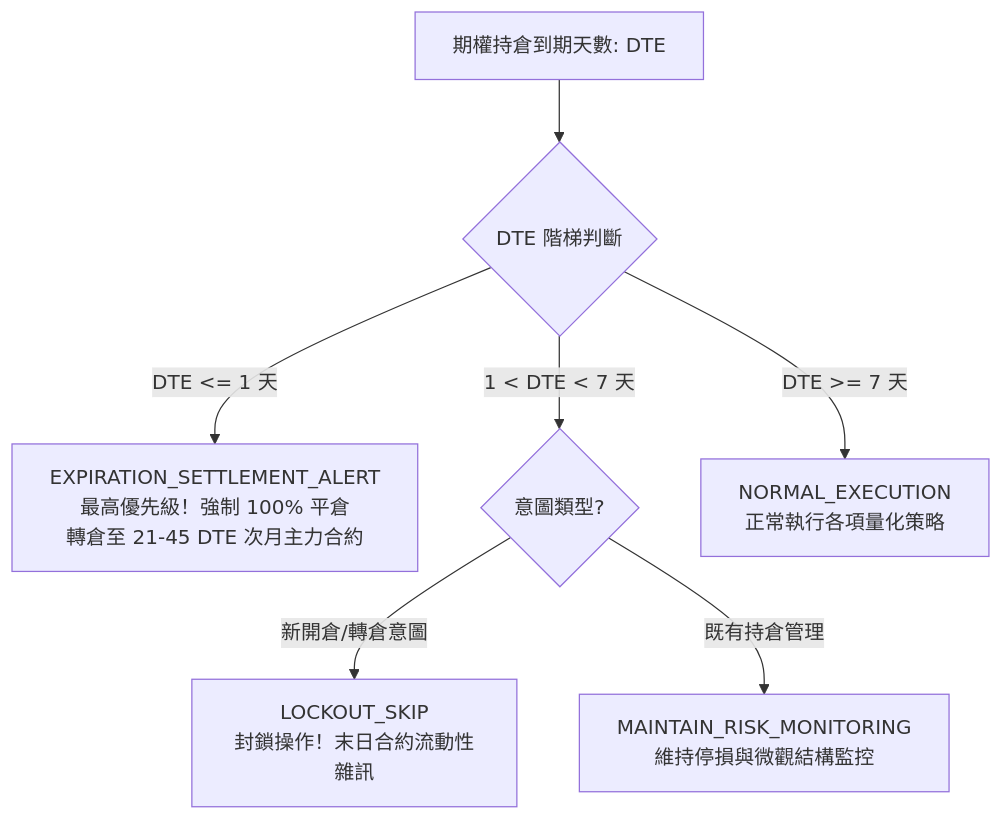
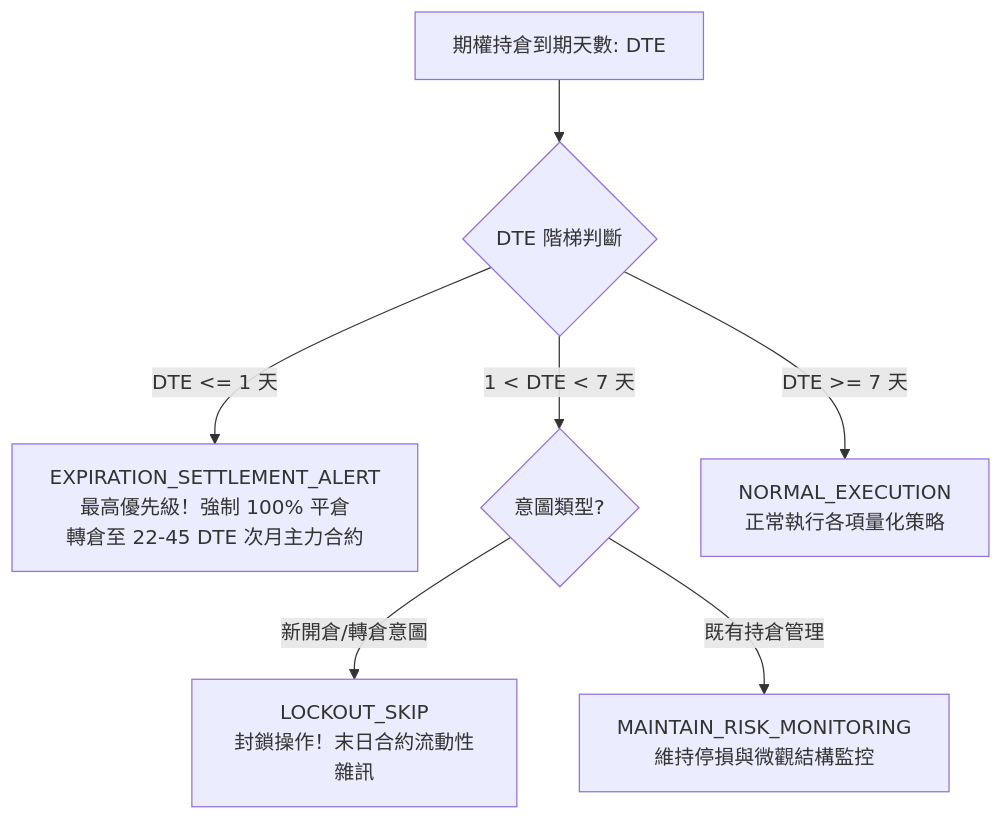
Before and after one commit to cosmo-chang-1701/nexus-seeker: the second of 2 diagrams in docs/strategies/04_dynamic_rollover_state_machine.md, drawn with Mermaid. The commit also changed other lines of this file and 4 other files, not shown here.

````diff
--- a/docs/strategies/04_dynamic_rollover_state_machine.md
+++ b/docs/strategies/04_dynamic_rollover_state_machine.md
@@ -215,12 +215,12 @@
 ```mermaid
 flowchart TD
     DTE_Input[期權持倉到期天數: DTE] --> DTE_Check{DTE 階梯判斷}
 
-    DTE_Check -- "DTE <= 1 天" --> ForceSettle["EXPIRATION_SETTLEMENT_ALERT<br/>最高優先級！強制 100% 平倉<br/>轉倉至 21-45 DTE 次月主力合約"]
+    DTE_Check -- "DTE <= 1 天" --> ForceSettle["EXPIRATION_SETTLEMENT_ALERT<br/>最高優先級！強制 100% 平倉<br/>轉倉至 22-45 DTE 次月主力合約"]
 
     DTE_Check -- "1 < DTE < 7 天" --> IntentCheck{意圖類型?}
     IntentCheck -- 新開倉/轉倉意圖 --> Lockout["LOCKOUT_SKIP<br/>封鎖操作！末日合約流動性雜訊"]
     IntentCheck -- 既有持倉管理 --> MaintainRisk["MAINTAIN_RISK_MONITORING<br/>維持停損與微觀結構監控"]
 
     DTE_Check -- "DTE >= 7 天" --> NormalExec["NORMAL_EXECUTION<br/>正常執行各項量化策略"]
 ```
````
